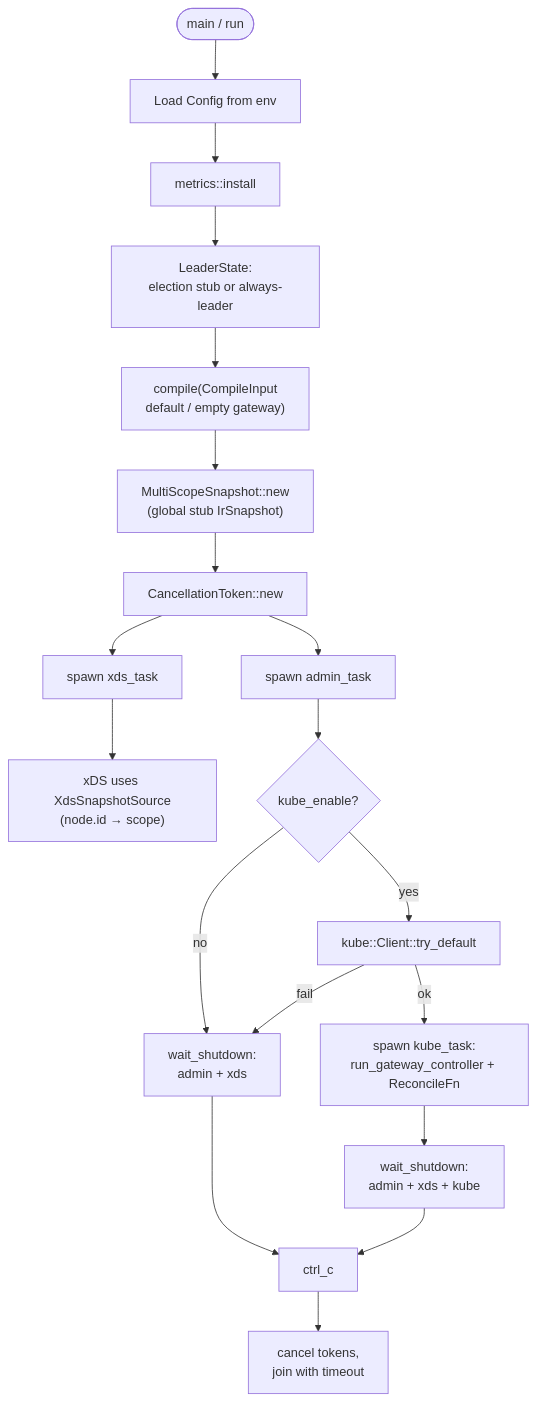
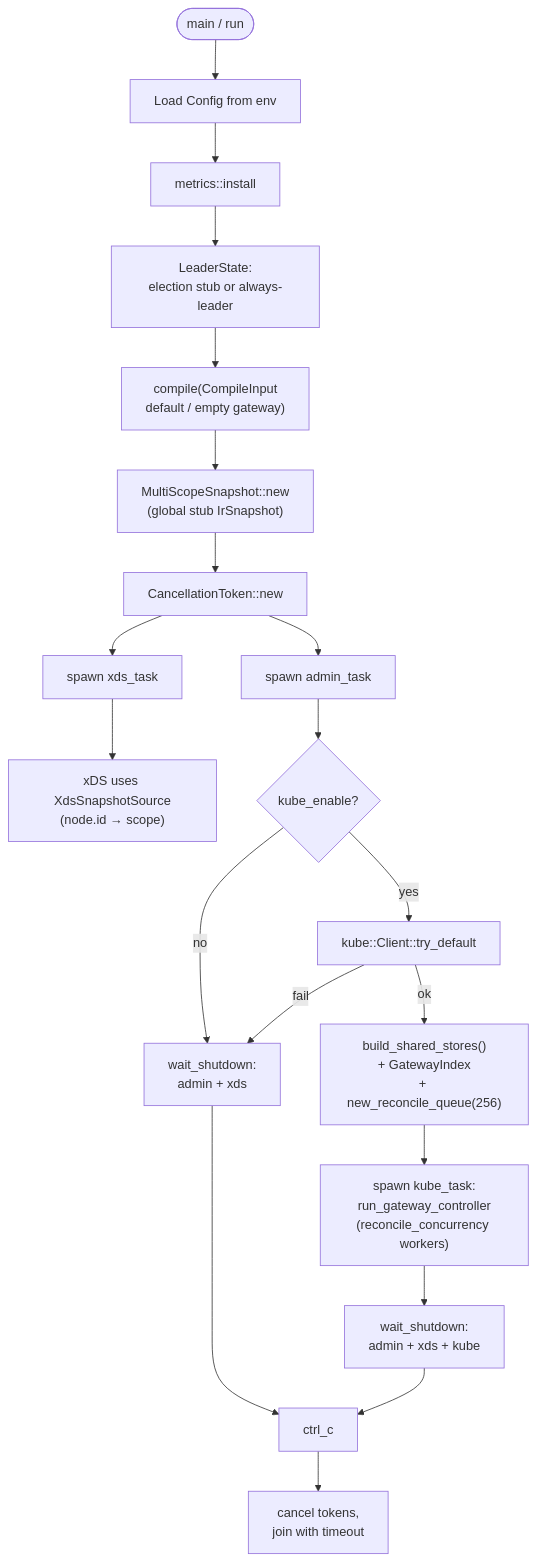
One commit to aslakknutsen/ugwc changed the third of 11 diagrams in docs/architecture.md. Above: the diagram before and after it, drawn with Mermaid. The commit also changed other lines of this file and 20 other files, not shown here.

````diff
--- a/docs/architecture.md
+++ b/docs/architecture.md
@@ -126,21 +134,22 @@
 ```mermaid
 flowchart TD
     Start([main / run]) --> Config[Load Config from env]
     Config --> Metrics[metrics::install]
     Metrics --> Leader[LeaderState:\nelection stub or always-leader]
     Leader --> InitCompile["compile(CompileInput\ndefault / empty gateway)"]
     InitCompile --> CacheCreate["MultiScopeSnapshot::new\n(global stub IrSnapshot)"]
     CacheCreate --> ShutdownTok["CancellationToken::new"]
     ShutdownTok --> SpawnAdmin[spawn admin_task]
     ShutdownTok --> SpawnXds[spawn xds_task]
     SpawnXds --> CacheClone["xDS uses XdsSnapshotSource\n(node.id → scope)"]
     SpawnAdmin --> KubeCheck{kube_enable?}
     KubeCheck -->|no| WaitOnly[wait_shutdown:\nadmin + xds]
     KubeCheck -->|yes| KubeClient[kube::Client::try_default]
     KubeClient -->|fail| WaitOnly
-    KubeClient -->|ok| SpawnKube[spawn kube_task:\nrun_gateway_controller + ReconcileFn]
+    KubeClient -->|ok| BuildStores["build_shared_stores()\n+ GatewayIndex\n+ new_reconcile_queue(256)"]
+    BuildStores --> SpawnKube["spawn kube_task:\nrun_gateway_controller\n(reconcile_concurrency workers)"]
     SpawnKube --> WaitAll[wait_shutdown:\nadmin + xds + kube]
     WaitOnly --> Sig[ctrl_c]
     WaitAll --> Sig
     Sig --> Drain[cancel tokens,\njoin with timeout]
 ```
````
